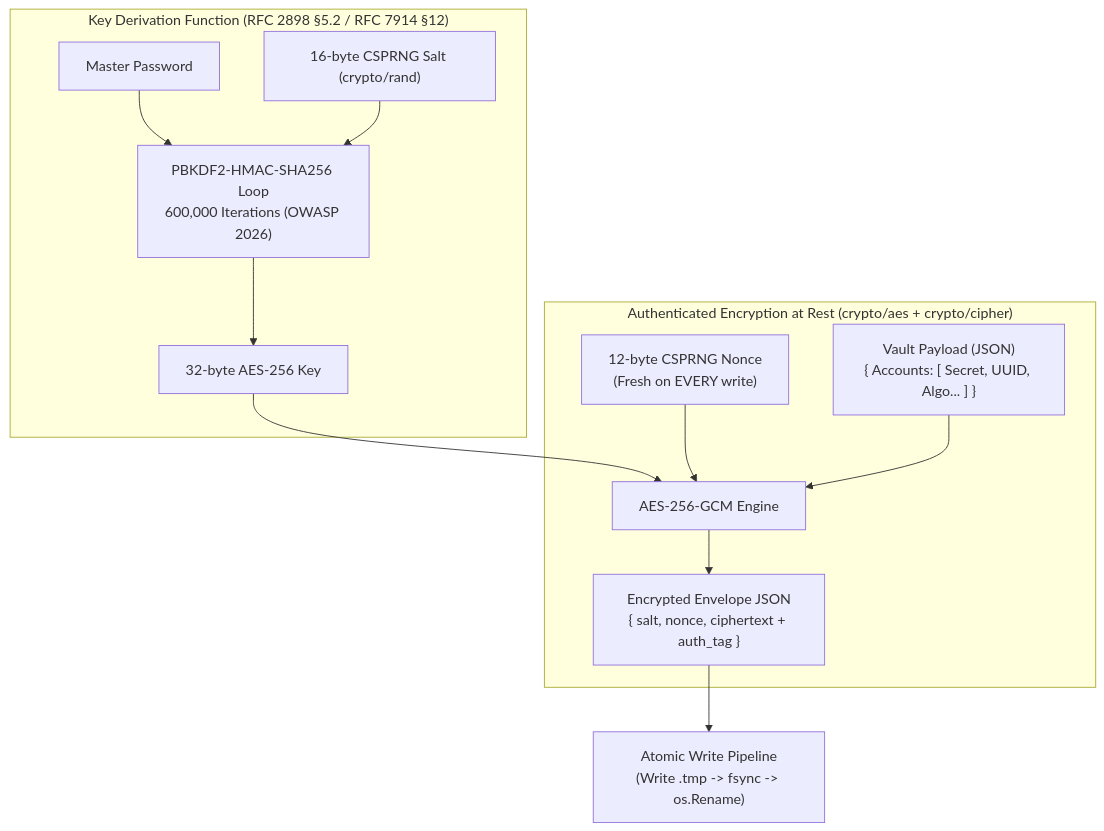
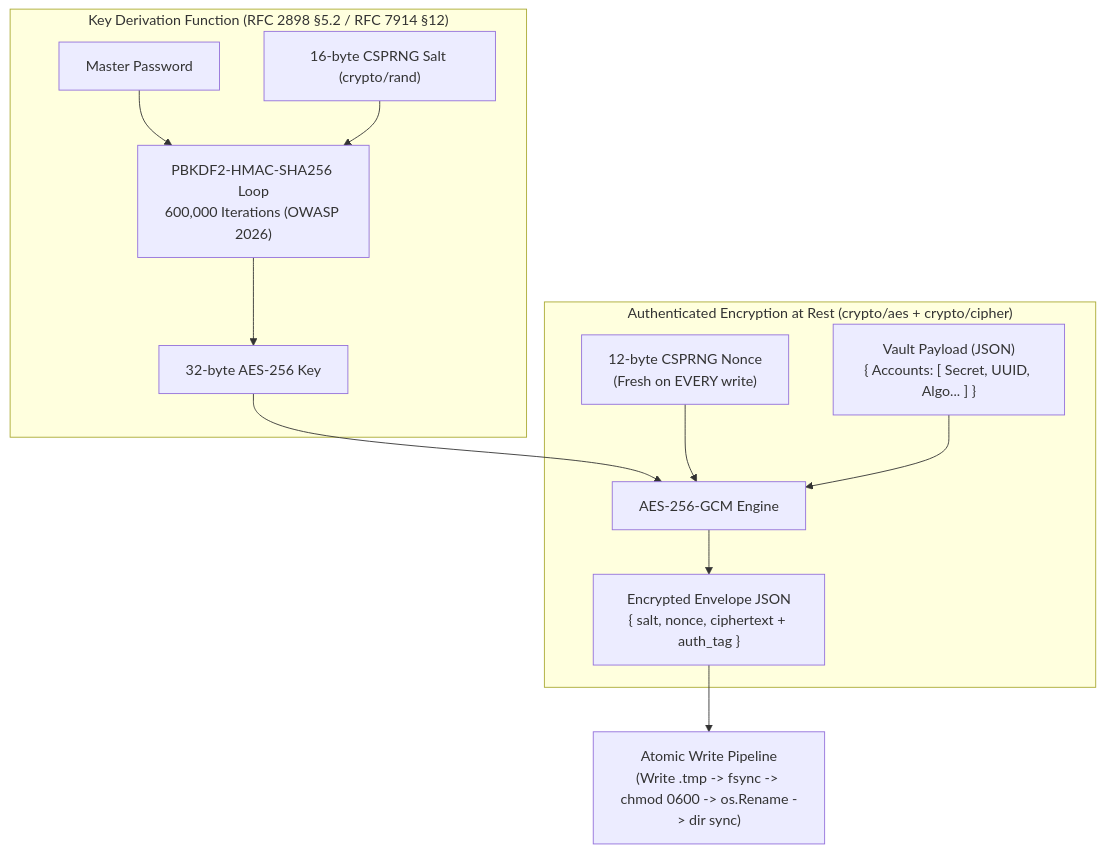
Before and after one commit to moin08s/stdotp: the second of 4 diagrams in README.md, drawn with Mermaid. The commit also changed other lines of this file and 2 other files, not shown here.

Commit message:
feat: enhance base32 sanitization, case-insensitive URI queries, 0600 chmod, directory sync, and expand to 46 tests (80.3% coverage)

````diff
--- a/README.md
+++ b/README.md
@@ -156,17 +156,17 @@
 ```mermaid
 flowchart TD
     subgraph KDF["Key Derivation Function (RFC 2898 §5.2 / RFC 7914 §12)"]
         Password[Master Password] --> PBKDF2Loop["PBKDF2-HMAC-SHA256 Loop<br/>600,000 Iterations (OWASP 2026)"]
         Salt["16-byte CSPRNG Salt (crypto/rand)"] --> PBKDF2Loop
         PBKDF2Loop --> DerivedKey["32-byte AES-256 Key"]
     end
 
     subgraph AEAD["Authenticated Encryption at Rest (crypto/aes + crypto/cipher)"]
         DerivedKey --> AESGCM["AES-256-GCM Engine"]
         FreshNonce["12-byte CSPRNG Nonce<br/>(Fresh on EVERY write)"] --> AESGCM
         PlaintextJSON["Vault Payload (JSON)<br/>{ Accounts: [ Secret, UUID, Algo... ] }"] --> AESGCM
         AESGCM --> EncryptedEnvelope["Encrypted Envelope JSON<br/>{ salt, nonce, ciphertext + auth_tag }"]
     end
 
-    EncryptedEnvelope --> AtomicWrite["Atomic Write Pipeline<br/>(Write .tmp -> fsync -> os.Rename)"]
+    EncryptedEnvelope --> AtomicWrite["Atomic Write Pipeline<br/>(Write .tmp -> fsync -> chmod 0600 -> os.Rename -> dir sync)"]
 ```
````
